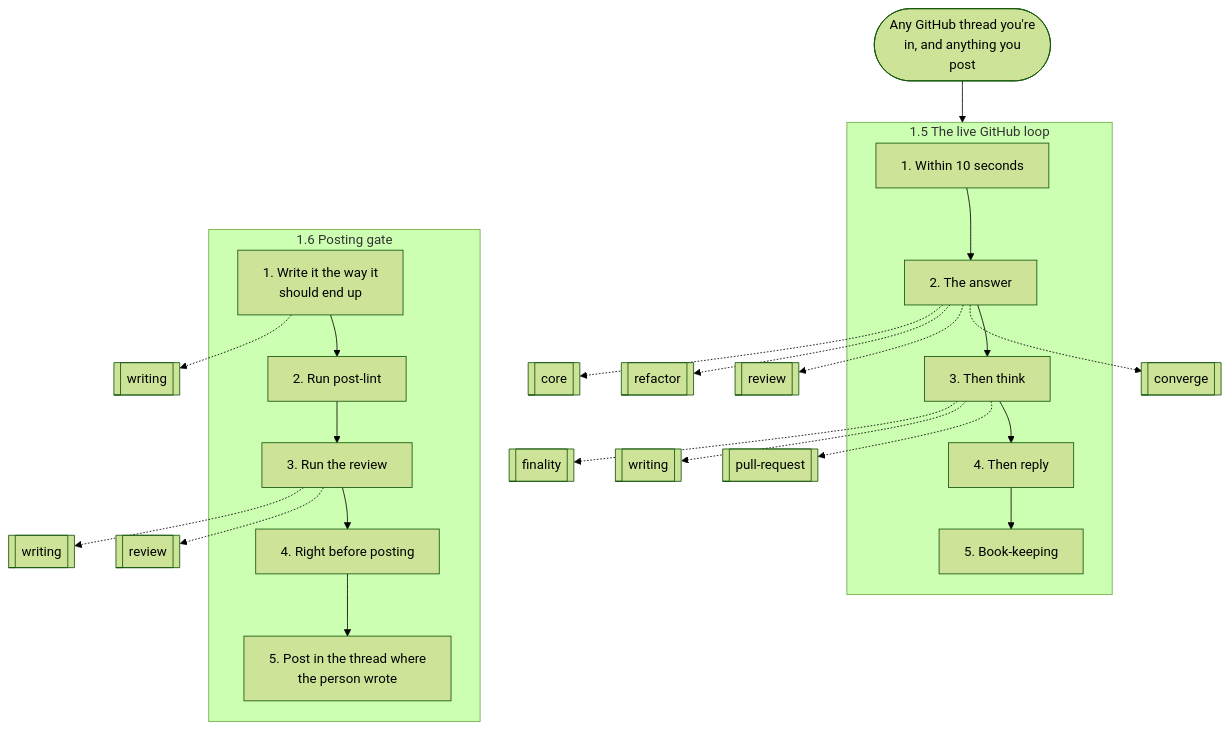
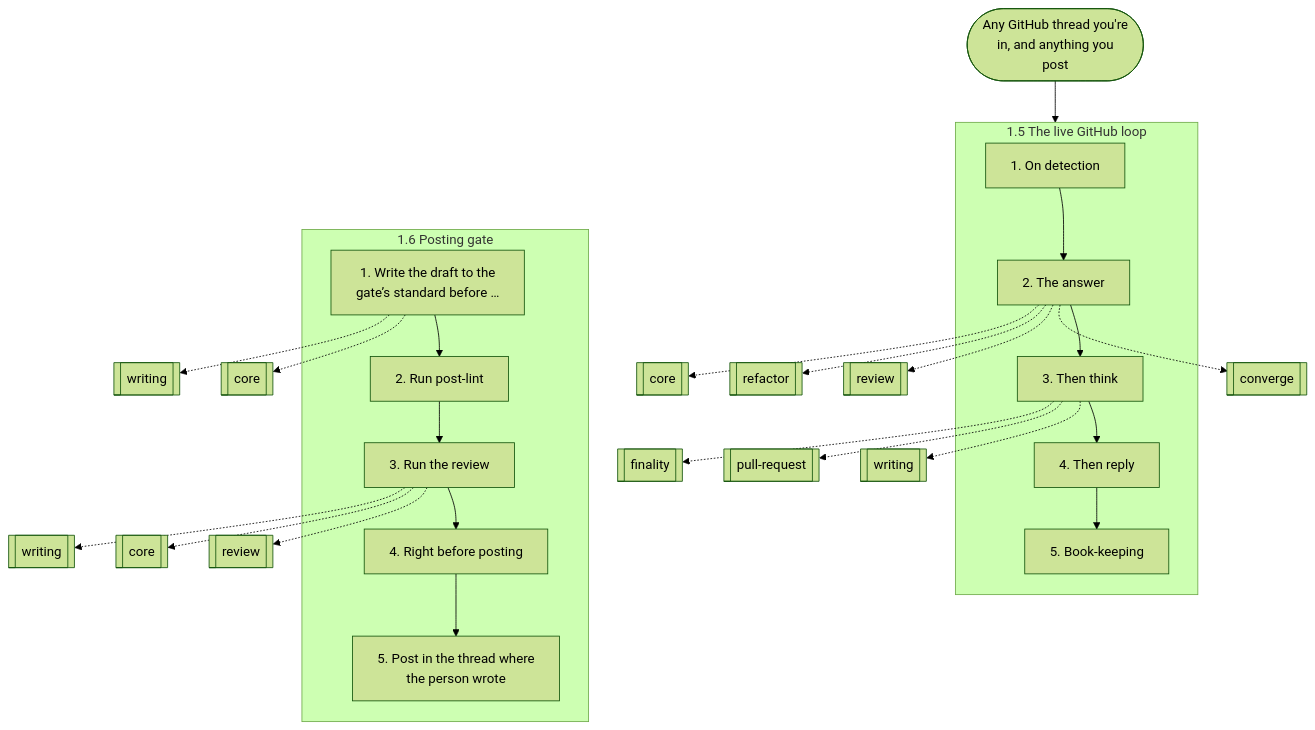
Before and after one commit to nitedani/mergeworthy: the fourth of 17 diagrams in docs/graphs.md, drawn with Mermaid (forest theme). The commit also changed other lines of this file and 19 other files, not shown here.

````diff
--- a/docs/graphs.md
+++ b/docs/graphs.md
@@ -126,38 +127,40 @@
 ```mermaid
 flowchart TB
   start(["Any GitHub thread you're<br/>in, and anything you<br/>post"])
   subgraph g0["1.5 The live GitHub loop"]
-    s0["1. Within 10 seconds"]
+    s0["1. On detection"]
     s1["2. The answer"]
     s0 --> s1
     s2["3. Then think"]
     s1 --> s2
     s3["4. Then reply"]
     s2 --> s3
     s4["5. Book-keeping"]
     s3 --> s4
   end
   s1 -.-> r1[["converge"]]
   s1 -.-> r2[["review"]]
   s1 -.-> r3[["refactor"]]
   s1 -.-> r4[["core"]]
-  s2 -.-> r5[["pull-request"]]
-  s2 -.-> r6[["writing"]]
+  s2 -.-> r5[["writing"]]
+  s2 -.-> r6[["pull-request"]]
   s2 -.-> r7[["finality"]]
   subgraph g1["1.6 Posting gate"]
-    s5["1. Write it the way it<br/>should end up"]
+    s5["1. Write the draft to the<br/>gate’s standard before …"]
     s6["2. Run post-lint"]
     s5 --> s6
     s7["3. Run the review"]
     s6 --> s7
     s8["4. Right before posting"]
     s7 --> s8
     s9["5. Post in the thread where<br/>the person wrote"]
     s8 --> s9
   end
-  s5 -.-> r8[["writing"]]
-  s7 -.-> r9[["review"]]
-  s7 -.-> r10[["writing"]]
+  s5 -.-> r8[["core"]]
+  s5 -.-> r9[["writing"]]
+  s7 -.-> r10[["review"]]
+  s7 -.-> r11[["core"]]
+  s7 -.-> r12[["writing"]]
   start --> g0
   g0 ~~~ g1
 ```
````
